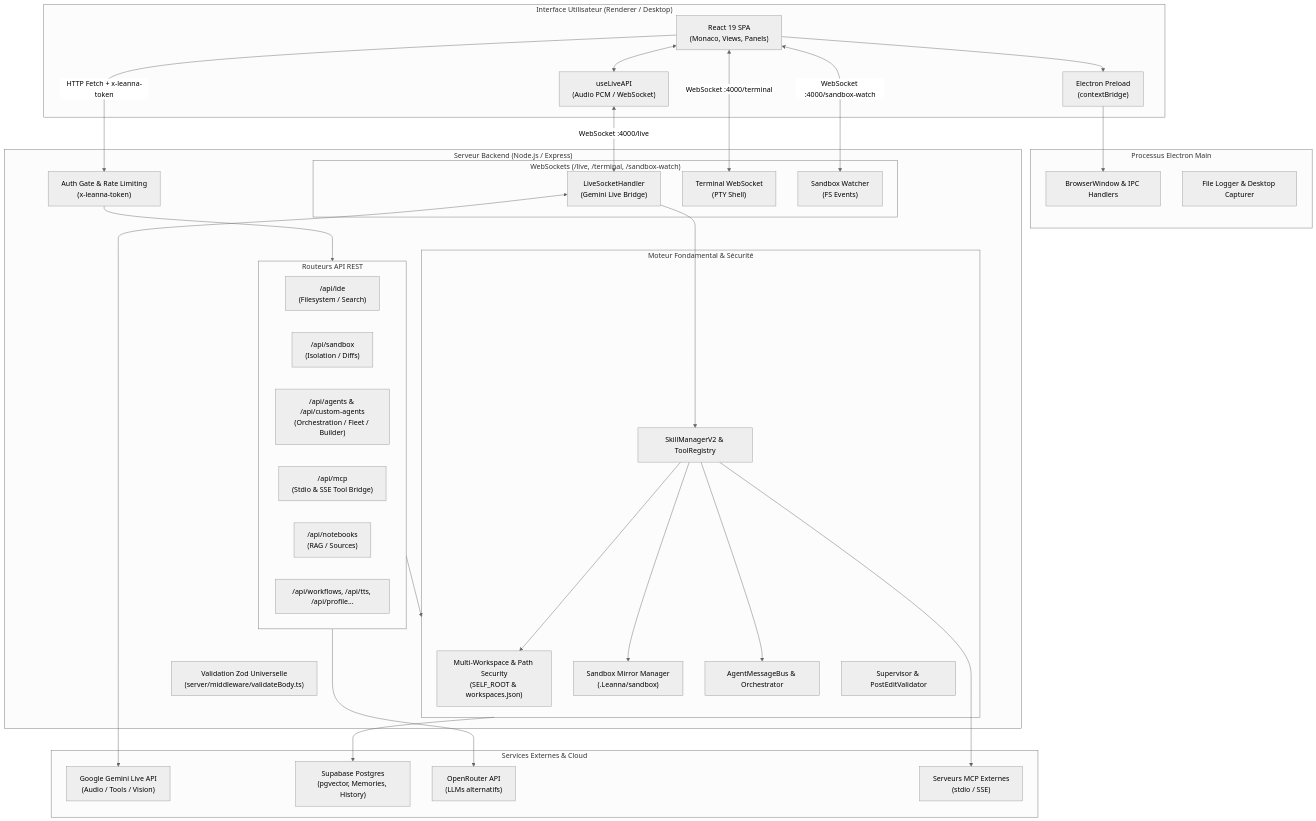
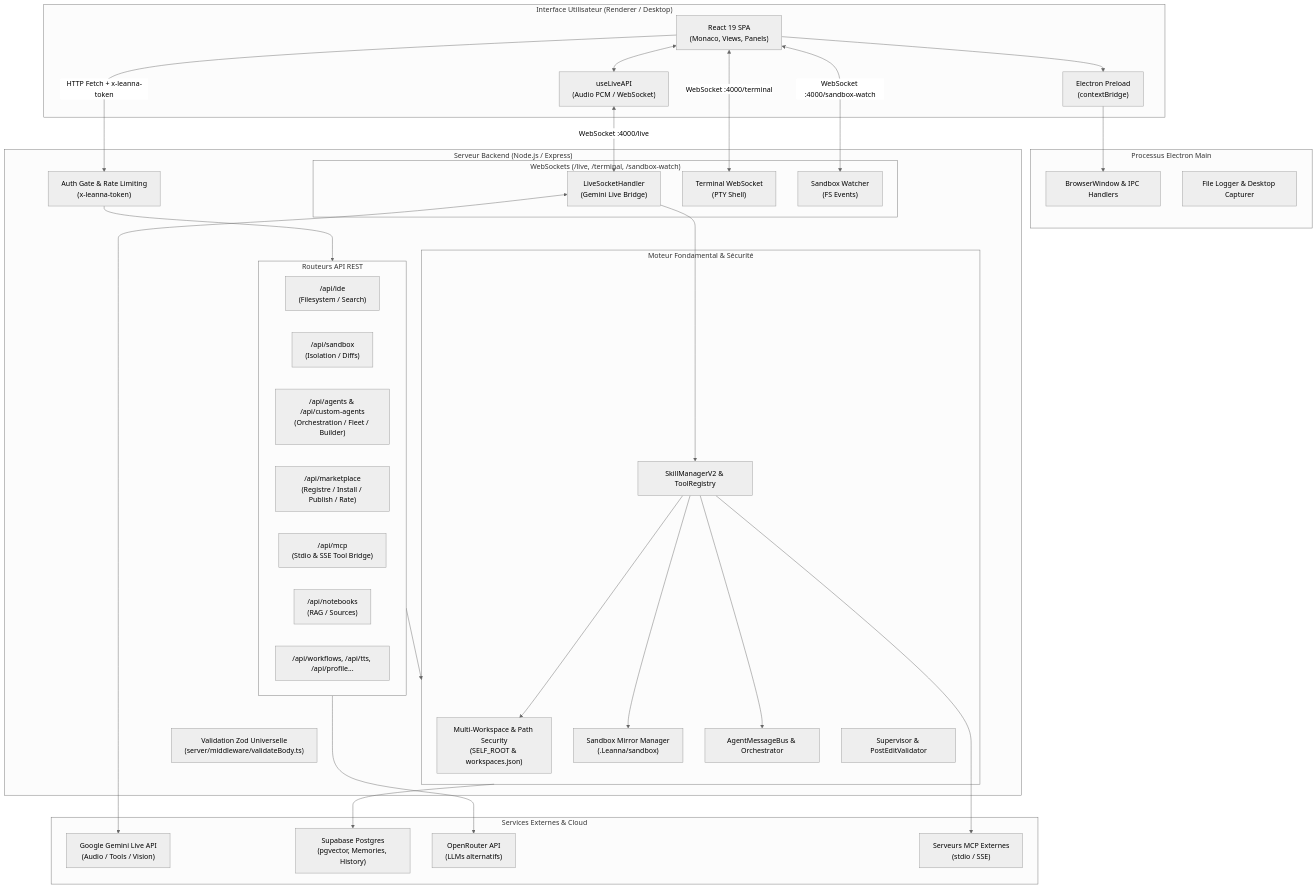
Before and after one commit to moonback/Leanna-IDE: the first of 2 diagrams in ARCHITECTURE.md, drawn with Mermaid (neutral theme). The commit also changed other lines of this file and 2 other files, not shown here.

````diff
--- a/ARCHITECTURE.md
+++ b/ARCHITECTURE.md
@@ -5,68 +5,69 @@
 ```mermaid
 flowchart TB
     subgraph Client ["Interface Utilisateur (Renderer / Desktop)"]
         UI["React 19 SPA<br/>(Monaco, Views, Panels)"]
         Preload["Electron Preload<br/>(contextBridge)"]
         LiveHook["useLiveAPI<br/>(Audio PCM / WebSocket)"]
     end
 
     subgraph ElectronMain ["Processus Electron Main"]
         MainWin["BrowserWindow & IPC Handlers"]
         TrayLog["File Logger & Desktop Capturer"]
     end
 
     subgraph BackendServer ["Serveur Backend (Node.js / Express)"]
         AuthMiddleware["Auth Gate & Rate Limiting<br/>(x-leanna-token)"]
         ZodValidator["Validation Zod Universelle<br/>(server/middleware/validateBody.ts)"]
         
         subgraph Routers ["Routeurs API REST"]
             IDERouter["/api/ide<br/>(Filesystem / Search)"]
             SandboxRouter["/api/sandbox<br/>(Isolation / Diffs)"]
             AgentsRouter["/api/agents & /api/custom-agents<br/>(Orchestration / Fleet / Builder)"]
+            MarketplaceRouter["/api/marketplace<br/>(Registre / Install / Publish / Rate)"]
             MCPRouter["/api/mcp<br/>(Stdio & SSE Tool Bridge)"]
             NotebooksRouter["/api/notebooks<br/>(RAG / Sources)"]
             OtherRouters["/api/workflows, /api/tts, /api/profile..."]
         end
 
         subgraph Sockets ["WebSockets (/live, /terminal, /sandbox-watch)"]
             LiveHandler["LiveSocketHandler<br/>(Gemini Live Bridge)"]
             TermHandler["Terminal WebSocket<br/>(PTY Shell)"]
             WatchHandler["Sandbox Watcher<br/>(FS Events)"]
         end
 
         subgraph CoreEngine ["Moteur Fondamental & Sécurité"]
             SelfRoot["Multi-Workspace & Path Security<br/>(SELF_ROOT & workspaces.json)"]
             SandboxEngine["Sandbox Mirror Manager<br/>(.Leanna/sandbox)"]
             SkillRuntime["SkillManagerV2 & ToolRegistry"]
             AgentBus["AgentMessageBus & Orchestrator"]
             Supervisor["Supervisor & PostEditValidator"]
         end
     end
 
     subgraph External ["Services Externes & Cloud"]
         GeminiAPI["Google Gemini Live API<br/>(Audio / Tools / Vision)"]
         SupabaseDB["Supabase Postgres<br/>(pgvector, Memories, History)"]
         OpenRouterAPI["OpenRouter API<br/>(LLMs alternatifs)"]
         MCPServers["Serveurs MCP Externes<br/>(stdio / SSE)"]
     end
 
     UI --> Preload
     Preload --> MainWin
     UI <--> LiveHook
     LiveHook <-->|WebSocket :4000/live| LiveHandler
     UI <-->|WebSocket :4000/terminal| TermHandler
     UI <-->|WebSocket :4000/sandbox-watch| WatchHandler
     UI -->|HTTP Fetch + x-leanna-token| AuthMiddleware
 
     AuthMiddleware --> Routers
     LiveHandler <--> GeminiAPI
     LiveHandler --> SkillRuntime
     SkillRuntime --> SelfRoot
     SkillRuntime --> SandboxEngine
     SkillRuntime --> AgentBus
     SkillRuntime --> MCPServers
     
     Routers --> CoreEngine
     CoreEngine --> SupabaseDB
     Routers --> OpenRouterAPI
 ```
````
